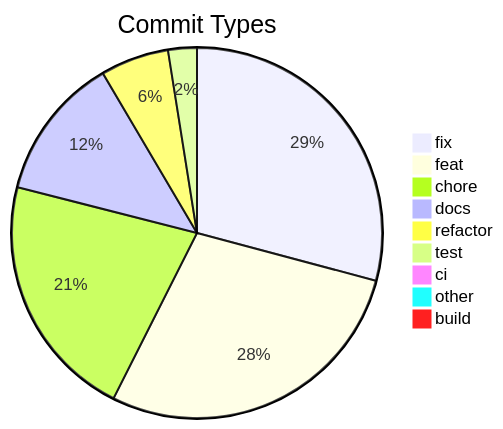
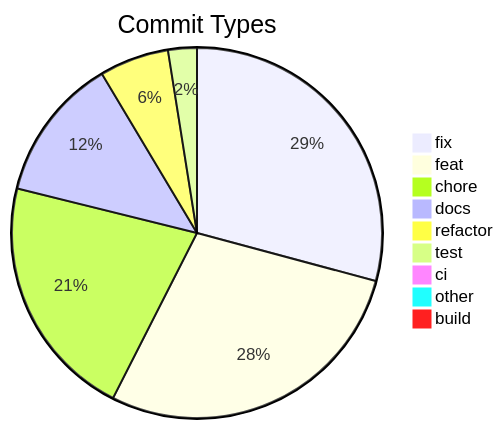
The diagram in .shipwright/compliance/change-history.md (svenroth-ai/shipwright), drawn with Mermaid before and after one commit. The commit also changed other lines of this file and 47 other files, not shown here.

````diff
--- a/.shipwright/compliance/change-history.md
+++ b/.shipwright/compliance/change-history.md
@@ -8,12 +8,12 @@
 ```mermaid
 pie title Commit Types
     "fix" : 337
     "feat" : 327
-    "chore" : 249
+    "chore" : 247
     "docs" : 145
-    "refactor" : 69
+    "refactor" : 70
     "test" : 29
     "ci" : 11
     "other" : 9
     "build" : 1
 ```
````
